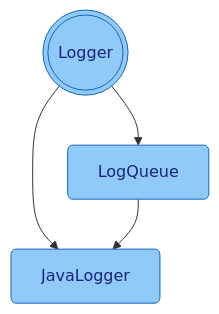
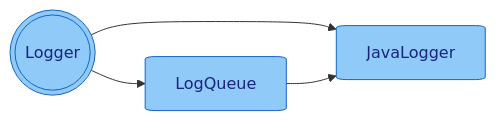
The diagram in docs/logger/README.md (YunaBraska/nano), drawn with Mermaid before and after one commit. The commit also changed 16 other files, not shown here.

````diff
--- a/docs/logger/README.md
+++ b/docs/logger/README.md
@@ -44,10 +15,10 @@
 ```mermaid
-flowchart TD
+flowchart LR
     logger(((Logger))) --> javaLogger[JavaLogger]
     logger --> logQueue[LogQueue]
     logQueue --> javaLogger
     
     style logger fill:#90CAF9,stroke:#1565C0,stroke-width:1px,color:#1A237E,rx:2%,ry:2%
     style javaLogger fill:#90CAF9,stroke:#1565C0,stroke-width:1px,color:#1A237E,rx:2%,ry:2%
     style logQueue fill:#90CAF9,stroke:#1565C0,stroke-width:1px,color:#1A237E,rx:2%,ry:2%
 ```
````
